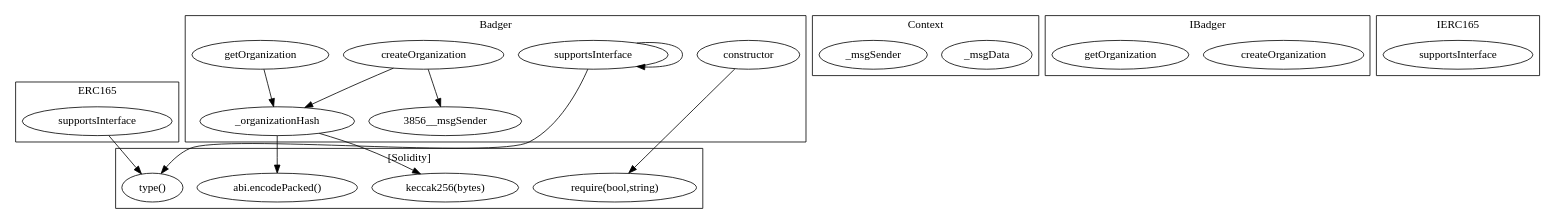
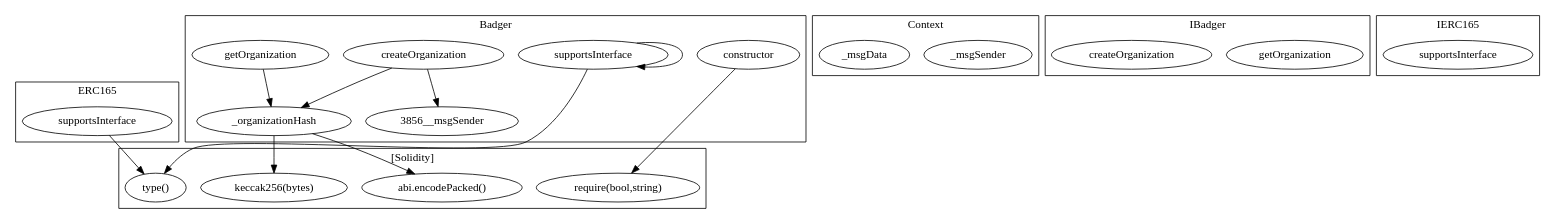
One commit to FlipsideCrypto/badger changed the diagram in contracts/build/...Badger.call-graph.dot. Above: the diagram before and after it, drawn with Graphviz. The commit also changed other lines of this file and 21 other files, not shown here.

```diff
--- a/contracts/build/...Badger.call-graph.dot
+++ b/contracts/build/...Badger.call-graph.dot
@@ -1,39 +1,39 @@
 strict digraph {
 subgraph cluster_3081_ERC165 {
 label = "ERC165"
 "3081_supportsInterface" [label="supportsInterface"]
 }subgraph cluster_2443_Context {
 label = "Context"
+"2443__msgSender" [label="_msgSender"]
 "2443__msgData" [label="_msgData"]
-"2443__msgSender" [label="_msgSender"]
 }subgraph cluster_3856_Badger {
 label = "Badger"
+"3856_constructor" [label="constructor"]
+"3856_supportsInterface" [label="supportsInterface"]
 "3856__organizationHash" [label="_organizationHash"]
-"3856_constructor" [label="constructor"]
 "3856_createOrganization" [label="createOrganization"]
 "3856_getOrganization" [label="getOrganization"]
-"3856_supportsInterface" [label="supportsInterface"]
-"3856_createOrganization" -> "3856__msgSender"
 "3856_createOrganization" -> "3856__organizationHash"
 "3856_supportsInterface" -> "3856_supportsInterface"
+"3856_createOrganization" -> "3856__msgSender"
 "3856_getOrganization" -> "3856__organizationHash"
 }subgraph cluster_6452_IBadger {
 label = "IBadger"
+"6452_getOrganization" [label="getOrganization"]
 "6452_createOrganization" [label="createOrganization"]
-"6452_getOrganization" [label="getOrganization"]
 }subgraph cluster_3093_IERC165 {
 label = "IERC165"
 "3093_supportsInterface" [label="supportsInterface"]
 }subgraph cluster_solidity {
 label = "[Solidity]"
-"keccak256(bytes)" 
-"abi.encodePacked()" 
 "require(bool,string)" 
 "type()" 
+"abi.encodePacked()" 
+"keccak256(bytes)" 
+"3856_constructor" -> "require(bool,string)"
+"3856_supportsInterface" -> "type()"
+"3856__organizationHash" -> "keccak256(bytes)"
 "3081_supportsInterface" -> "type()"
-"3856_supportsInterface" -> "type()"
-"3856_constructor" -> "require(bool,string)"
 "3856__organizationHash" -> "abi.encodePacked()"
-"3856__organizationHash" -> "keccak256(bytes)"
 }
 }
```
